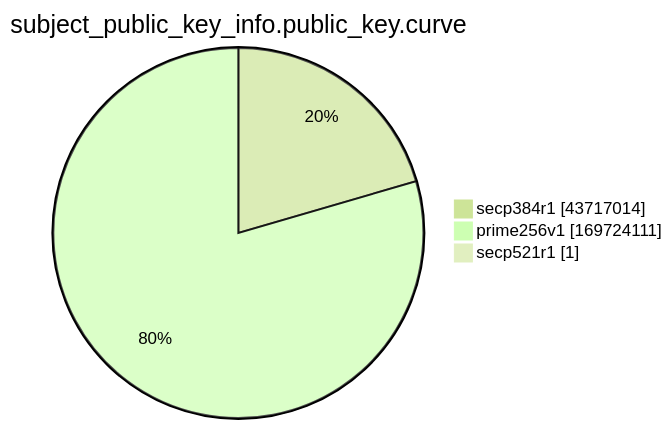
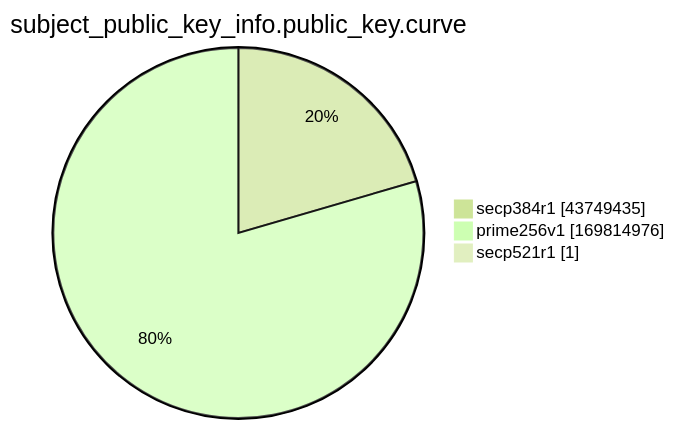
The ninth of 15 diagrams in xenon2022/README.md (christiankrug/ctmonitor_visualization), drawn with Mermaid (forest theme) before and after one commit. The commit also changed other lines of this file, not shown here.

````diff
--- a/xenon2022/README.md
+++ b/xenon2022/README.md
@@ -2871,7 +2871,7 @@
 ```mermaid
 pie showData
 title subject_public_key_info.public_key.curve
-"secp384r1" :43717014
-"prime256v1" :169724111
+"secp384r1" :43749435
+"prime256v1" :169814976
 "secp521r1" :1
 ```
````
